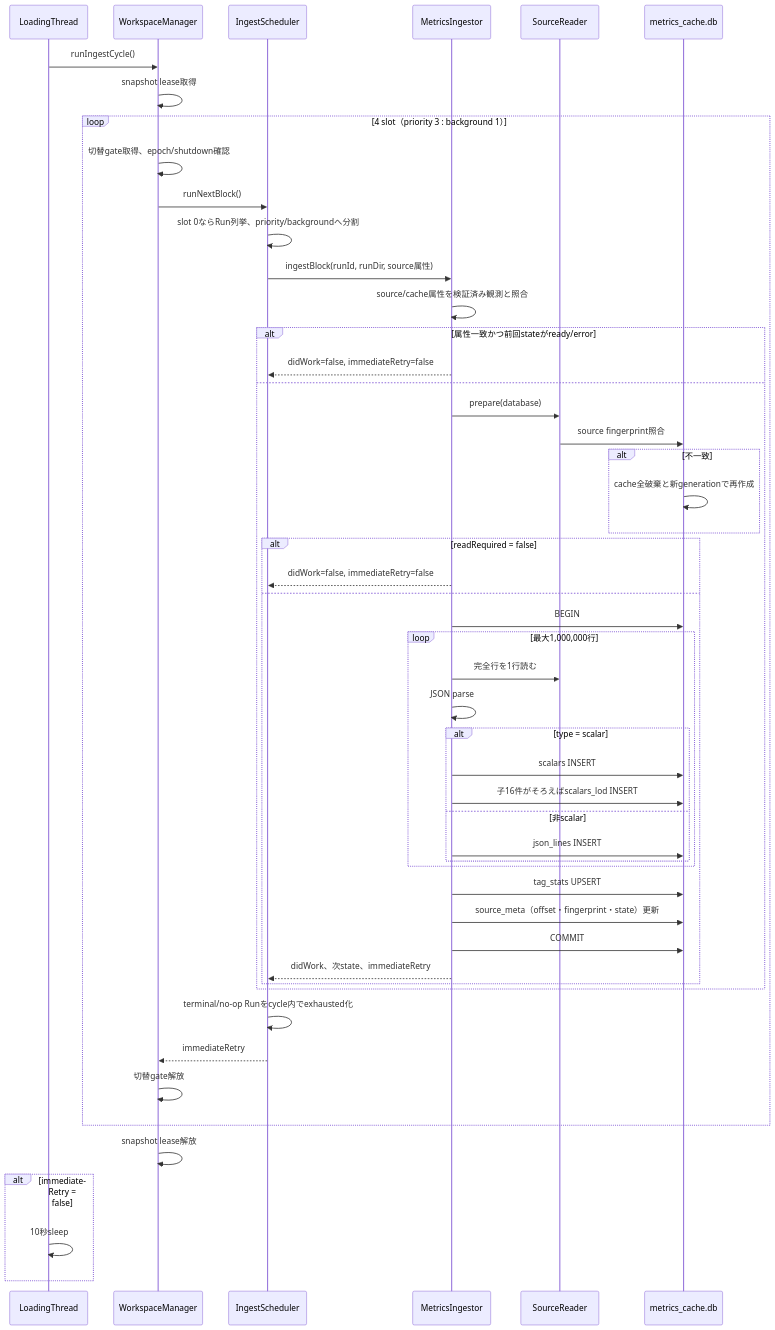
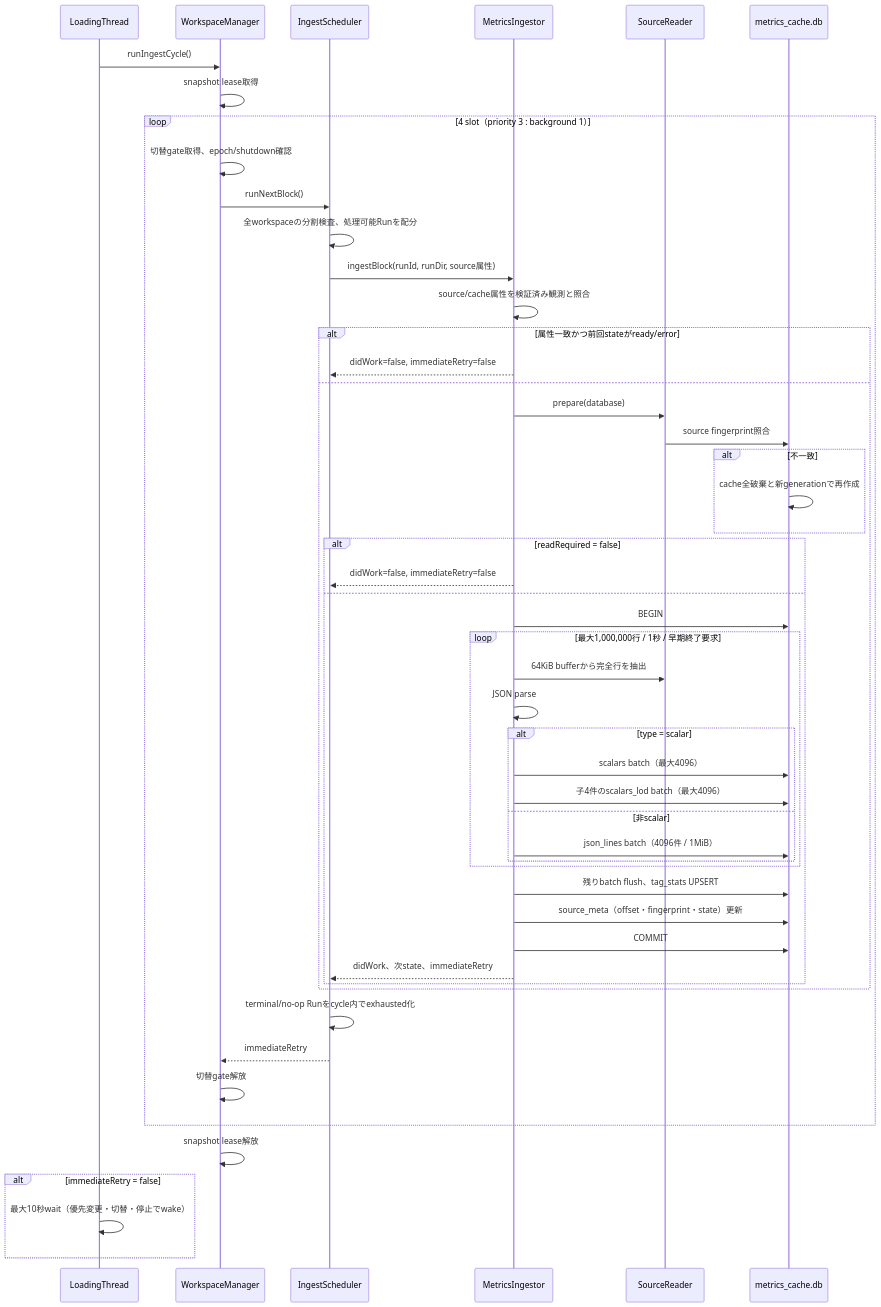
The third of 5 diagrams in docs/design/210_metrics_viewer.jp.md (kazukin123/anet-lab), drawn with Mermaid before and after one commit. The commit also changed other lines of this file and 60 other files, not shown here.

````diff
--- a/docs/design/210_metrics_viewer.jp.md
+++ b/docs/design/210_metrics_viewer.jp.md
@@ -409,54 +409,54 @@
 ```mermaid
 sequenceDiagram
     participant L as LoadingThread
     participant W as WorkspaceManager
     participant S as IngestScheduler
     participant I as MetricsIngestor
     participant R as SourceReader
     participant D as metrics_cache.db
 
     L->>W: runIngestCycle()
     W->>W: snapshot lease取得
     loop 4 slot（priority 3 : background 1）
         W->>W: 切替gate取得、epoch/shutdown確認
         W->>S: runNextBlock()
-        S->>S: slot 0ならRun列挙、priority/backgroundへ分割
+        S->>S: 全workspaceの分割検査、処理可能Runを配分
         S->>I: ingestBlock(runId, runDir, source属性)
         I->>I: source/cache属性を検証済み観測と照合
         alt 属性一致かつ前回stateがready/error
             I-->>S: didWork=false, immediateRetry=false
         else
             I->>R: prepare(database)
             R->>D: source fingerprint照合
             alt 不一致
                 D->>D: cache全破棄と新generationで再作成
             end
             alt readRequired = false
                 I-->>S: didWork=false, immediateRetry=false
             else
                 I->>D: BEGIN
-                loop 最大1,000,000行
-                    I->>R: 完全行を1行読む
+                loop 最大1,000,000行 / 1秒 / 早期終了要求
+                    I->>R: 64KiB bufferから完全行を抽出
                     I->>I: JSON parse
                     alt type = scalar
-                        I->>D: scalars INSERT
-                        I->>D: 子16件がそろえばscalars_lod INSERT
+                        I->>D: scalars batch（最大4096）
+                        I->>D: 子4件のscalars_lod batch（最大4096）
                     else 非scalar
-                        I->>D: json_lines INSERT
+                        I->>D: json_lines batch（4096件 / 1MiB）
                     end
                 end
-                I->>D: tag_stats UPSERT
+                I->>D: 残りbatch flush、tag_stats UPSERT
                 I->>D: source_meta（offset・fingerprint・state）更新
                 I->>D: COMMIT
                 I-->>S: didWork、次state、immediateRetry
             end
         end
         S->>S: terminal/no-op Runをcycle内でexhausted化
         S-->>W: immediateRetry
         W->>W: 切替gate解放
     end
     W->>W: snapshot lease解放
     alt immediateRetry = false
-        L->>L: 10秒sleep
+        L->>L: 最大10秒wait（優先変更・切替・停止でwake）
     end
 ```
````
